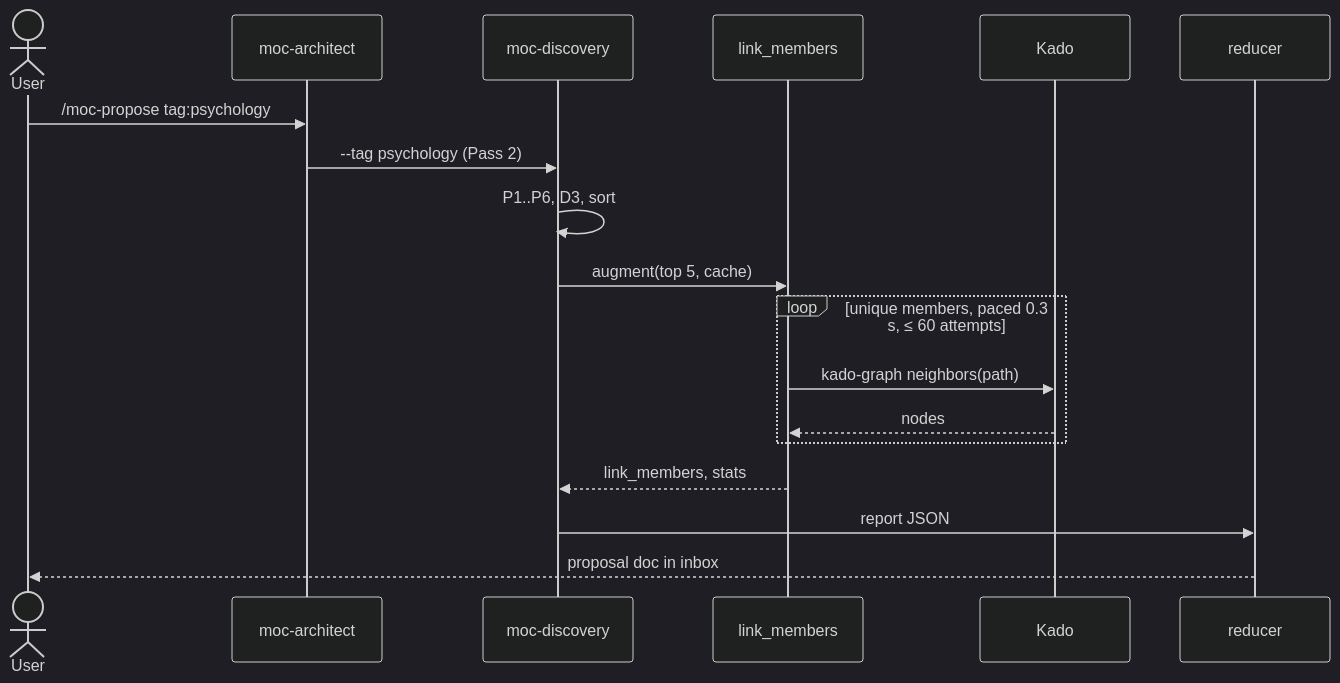
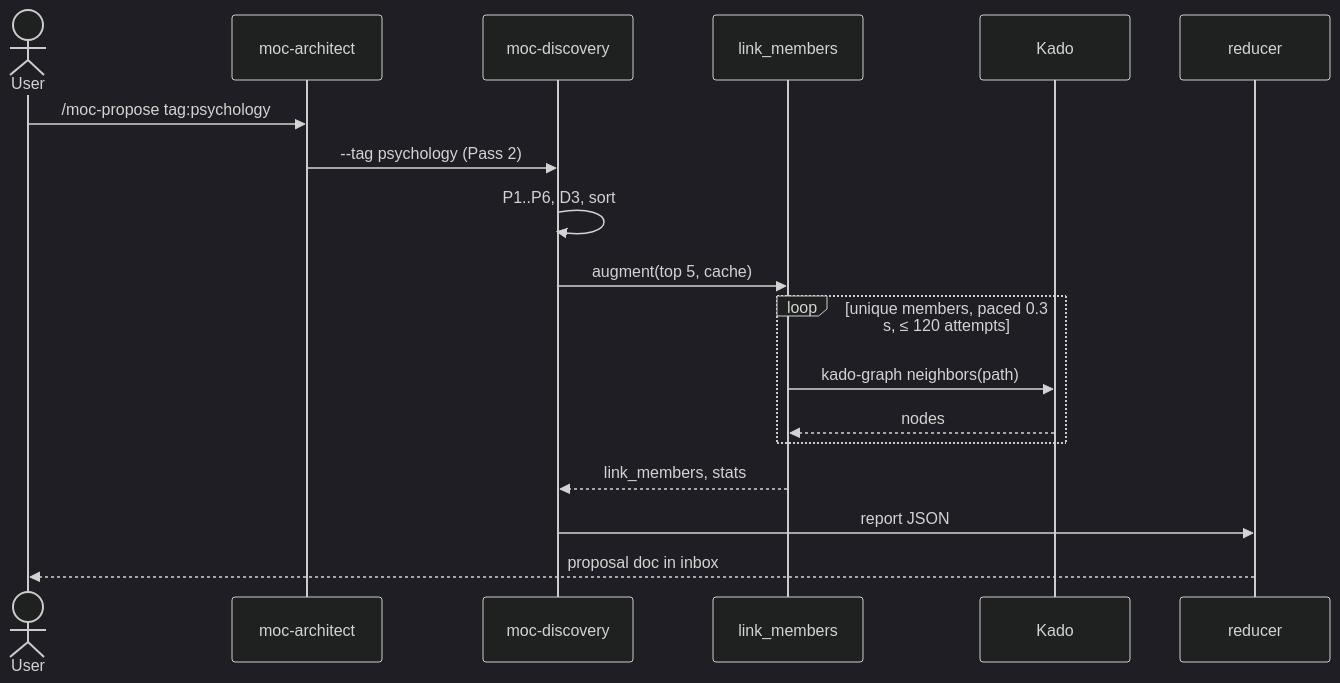
One commit to MMoMM-org/miyo-tomo changed the third of 3 diagrams in docs/XDD/specs/042-moc-propose-link-members/solution.md. Above: the diagram before and after it, drawn with Mermaid (dark theme). The commit also changed other lines of this file and 3 other files, not shown here.

````diff
--- a/docs/XDD/specs/042-moc-propose-link-members/solution.md
+++ b/docs/XDD/specs/042-moc-propose-link-members/solution.md
@@ -516,20 +519,20 @@
 ```mermaid
 sequenceDiagram
     actor User
     participant Arch as moc-architect
     participant Disc as moc-discovery
     participant LM as link_members
     participant Kado
     participant Red as reducer
     User->>Arch: /moc-propose tag:psychology
     Arch->>Disc: --tag psychology (Pass 2)
     Disc->>Disc: P1..P6, D3, sort
     Disc->>LM: augment(top 5, cache)
-    loop unique members, paced 0.3 s, ≤ 60 attempts
+    loop unique members, paced 0.3 s, ≤ 120 attempts
       LM->>Kado: kado-graph neighbors(path)
       Kado-->>LM: nodes
     end
     LM-->>Disc: link_members, stats
     Disc->>Red: report JSON
     Red-->>User: proposal doc in inbox
 ```
````
